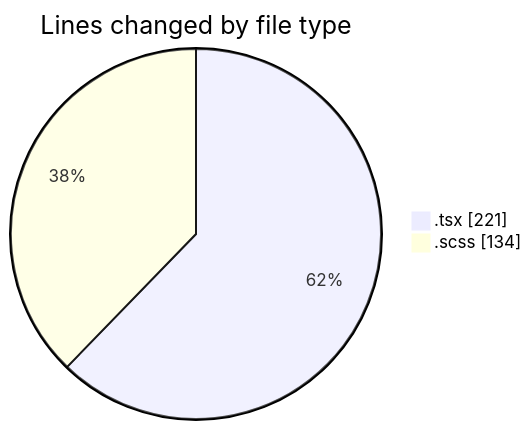
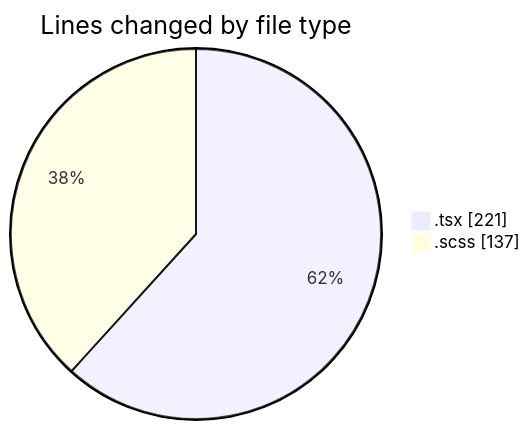
Before and after one commit to momahboobian/code-tracking: the first of 2 diagrams in 2026-04-16/cda/README.md, drawn with Mermaid. The commit also changed other lines of this file and 1 other file, not shown here.

````diff
--- a/2026-04-16/cda/README.md
+++ b/2026-04-16/cda/README.md
@@ -22,6 +22,6 @@
 ```mermaid
 pie showData
 title Lines changed by file type
 ".tsx" : 221
-".scss" : 134
+".scss" : 137
 ```
````
